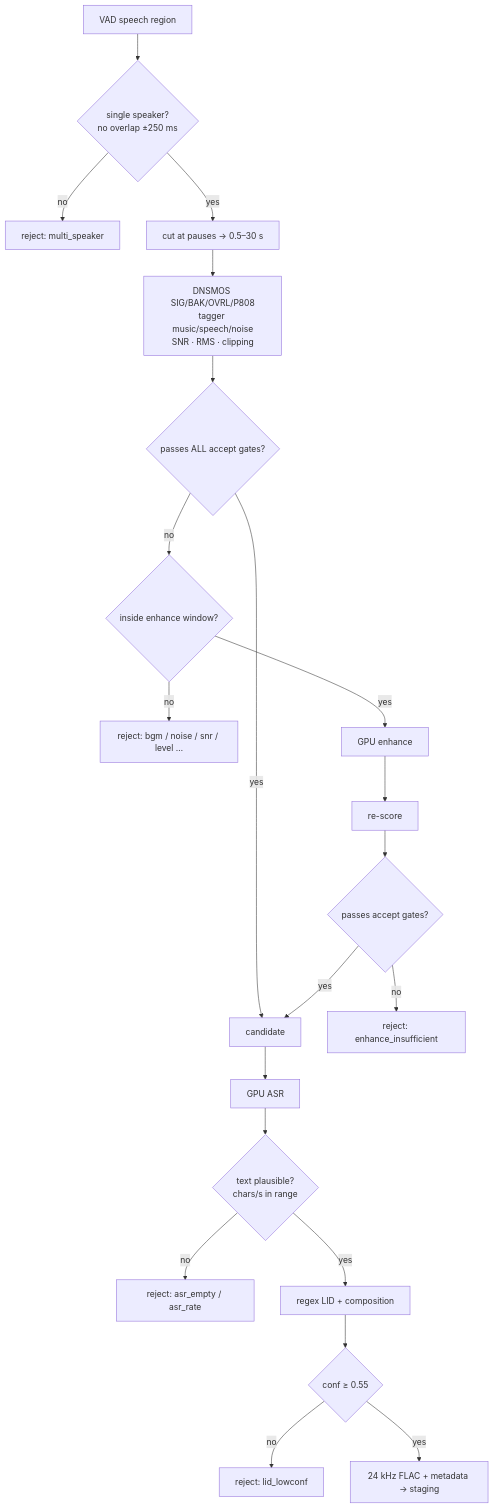
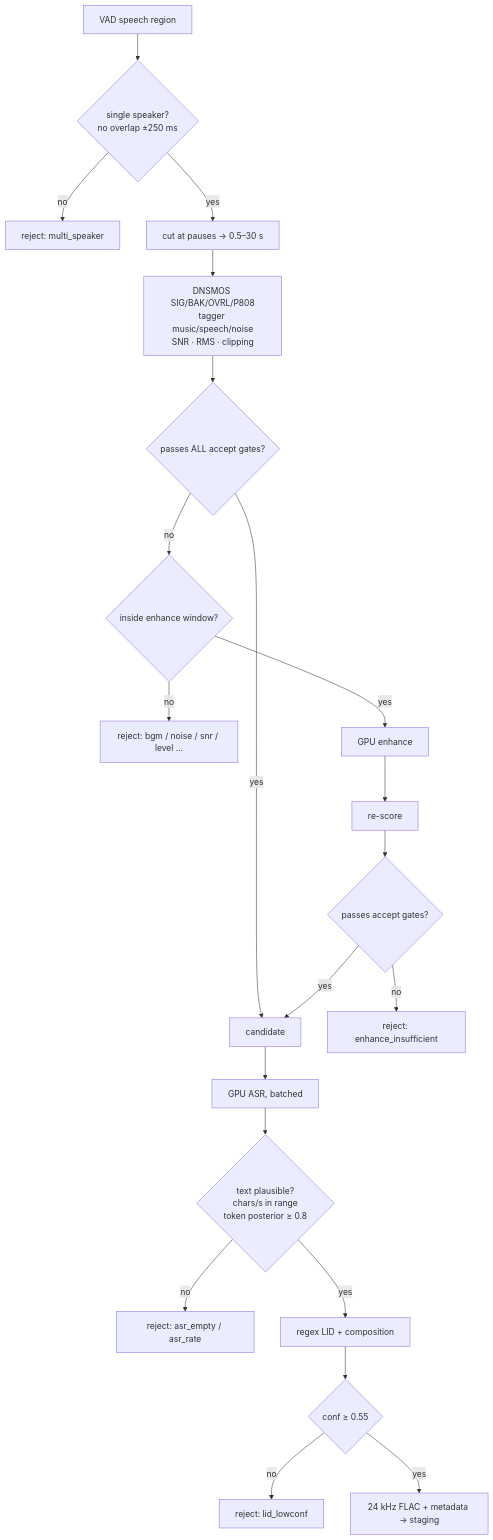
The third of 4 diagrams in docs/ARCHITECTURE.md (meghanabommadi-hue/FlowTTS), drawn with Mermaid before and after one commit. The commit also changed other lines of this file and 6 other files, not shown here.

Commit message:
asr confidence gate (mean CTC posterior >= 0.8), latin_unexpected guard, asr_confidence column, playable previews for all fresh clips

````diff
--- a/docs/ARCHITECTURE.md
+++ b/docs/ARCHITECTURE.md
@@ -68,19 +68,19 @@
 ```mermaid
 flowchart TD
   A[VAD speech region] --> B{single speaker?<br/>no overlap ±250 ms}
   B -- no --> R1[reject: multi_speaker]
   B -- yes --> C[cut at pauses → 0.5–30 s]
   C --> D[DNSMOS SIG/BAK/OVRL/P808<br/>tagger music/speech/noise<br/>SNR · RMS · clipping]
   D --> E{passes ALL accept gates?}
   E -- yes --> F[candidate]
   E -- no --> G{inside enhance window?}
   G -- no --> R2[reject: bgm / noise / snr / level …]
   G -- yes --> H[GPU enhance] --> I[re-score] --> J{passes accept gates?}
   J -- no --> R3[reject: enhance_insufficient]
   J -- yes --> F
-  F --> K[GPU ASR] --> L{text plausible?<br/>chars/s in range}
+  F --> K[GPU ASR, batched] --> L{text plausible?<br/>chars/s in range<br/>token posterior ≥ 0.8}
   L -- no --> R4[reject: asr_empty / asr_rate]
   L -- yes --> M[regex LID + composition] --> N{conf ≥ 0.55}
   N -- no --> R5[reject: lid_lowconf]
   N -- yes --> O[24 kHz FLAC + metadata → staging]
 ```
````
